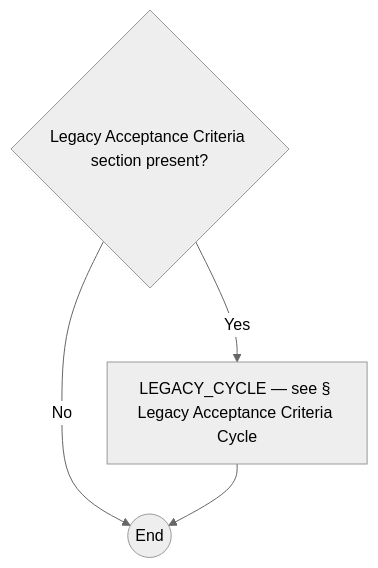
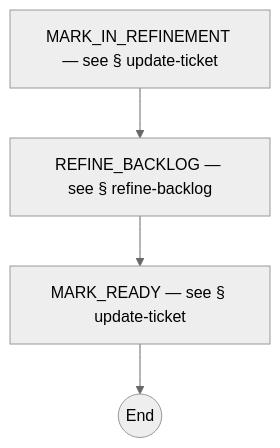
One commit to optivem/gh-optivem changed the third of 51 diagrams in docs/process-diagram.md. Above: the diagram before and after it, drawn with Mermaid (neutral theme). The commit also changed other lines of this file and 13 other files, not shown here.

````diff
--- a/docs/process-diagram.md
+++ b/docs/process-diagram.md
@@ -116,10 +60,11 @@
 ```mermaid
 flowchart TD
-    GATE_LEGACY_PRESENT{Legacy Acceptance Criteria section present?}
-    LEGACY_CYCLE[LEGACY_CYCLE — see § Legacy Acceptance Criteria Cycle]
-    RUN_LEGACY_END((End))
+    MARK_IN_REFINEMENT[MARK_IN_REFINEMENT — see § update-ticket]
+    MARK_READY[MARK_READY — see § update-ticket]
+    REFINE_BACKLOG[REFINE_BACKLOG — see § refine-backlog]
+    REFINE_TICKET_END((End))
 
-    GATE_LEGACY_PRESENT -- Yes --> LEGACY_CYCLE
-    GATE_LEGACY_PRESENT -- No --> RUN_LEGACY_END
-    LEGACY_CYCLE --> RUN_LEGACY_END
+    MARK_IN_REFINEMENT --> REFINE_BACKLOG
+    REFINE_BACKLOG --> MARK_READY
+    MARK_READY --> REFINE_TICKET_END
 ```
````
